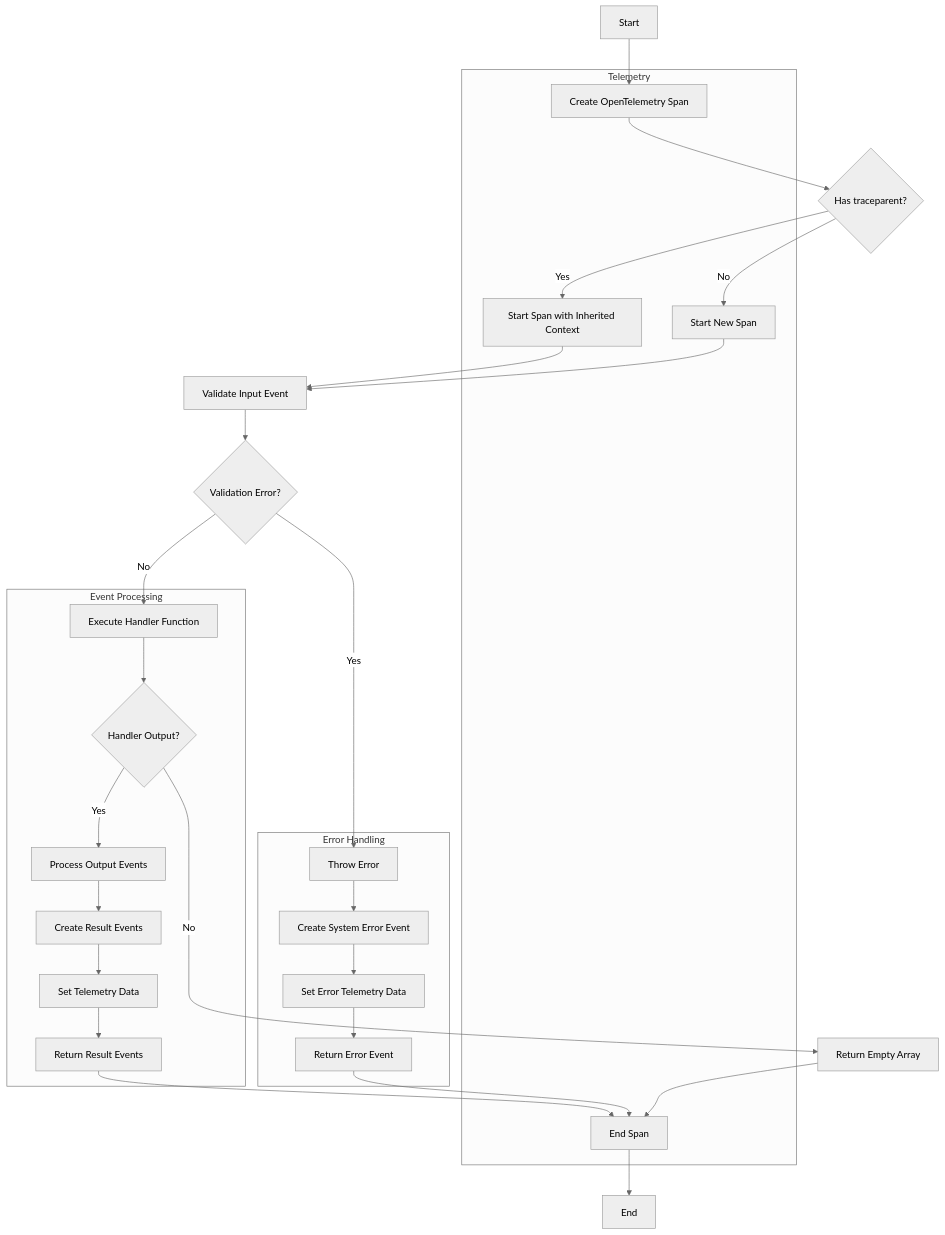
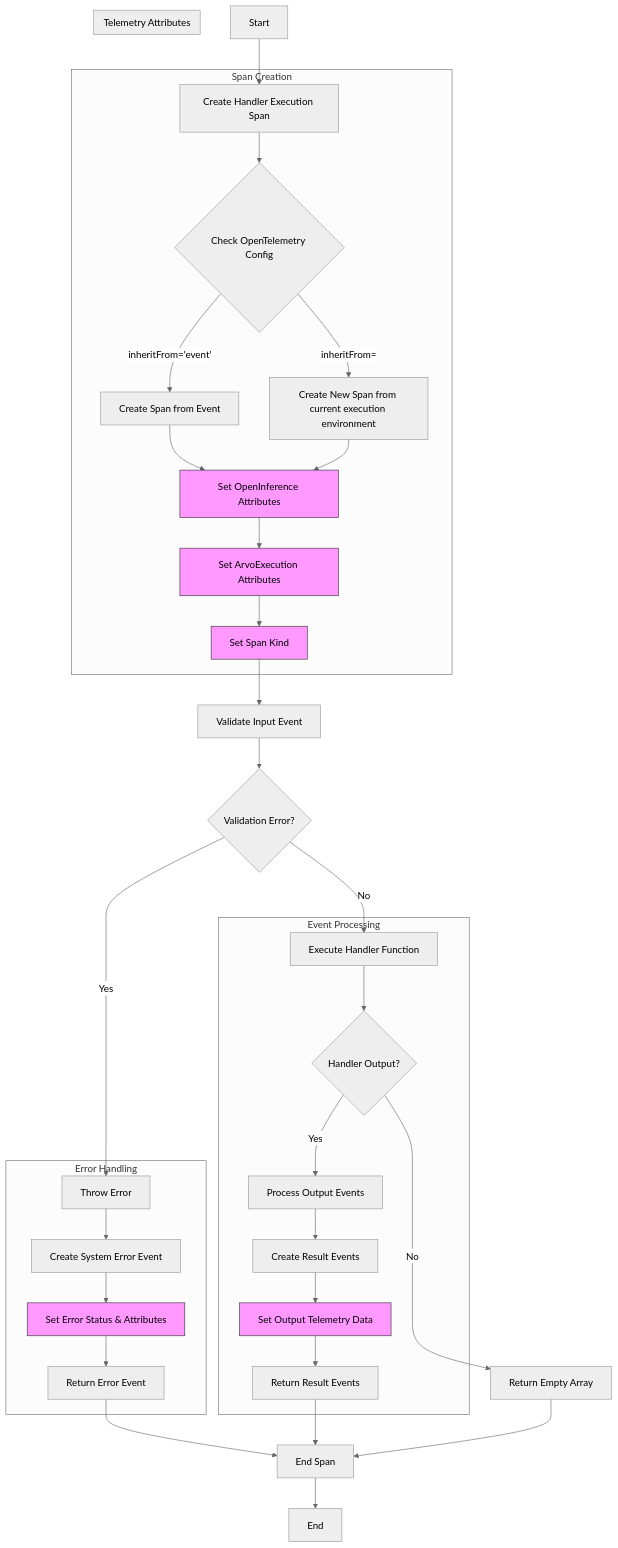
One commit to SaadAhmad123/arvo-event-handler changed the first of 2 diagrams in src/ArvoEventHandler/ExecutionDiagrams.md. Above: the diagram before and after it, drawn with Mermaid (neutral theme). The commit also changed other lines of this file and 8 other files, not shown here.

````diff
--- a/src/ArvoEventHandler/ExecutionDiagrams.md
+++ b/src/ArvoEventHandler/ExecutionDiagrams.md
@@ -7,52 +7,61 @@
 ```mermaid
 graph TD
-    A[Start] --> B[Create OpenTelemetry Span]
-    B --> C{Has traceparent?}
-    C -->|Yes| D[Start Span with Inherited Context]
-    C -->|No| E[Start New Span]
-    D --> F[Validate Input Event]
-    E --> F
-    F --> G{Validation Error?}
-    G -->|Yes| H[Throw Error]
-    G -->|No| I[Execute Handler Function]
-    I --> J{Handler Output?}
-    J -->|Yes| K[Process Output Events]
-    J -->|No| L[Return Empty Array]
-    K --> M[Create Result Events]
-    M --> N[Set Telemetry Data]
-    N --> O[Return Result Events]
+    A[Start] --> B[Create Handler Execution Span]
+    
+    subgraph Span Creation
+        B --> C{Check OpenTelemetry Config}
+        C -->|inheritFrom='event'| D[Create Span from Event]
+        C -->|inheritFrom=<else>| E[Create New Span from current execution environment]
+        
+        D --> F[Set OpenInference Attributes]
+        E --> F
+        F --> G[Set ArvoExecution Attributes]
+        G --> H[Set Span Kind]
+    end
 
-    H --> P[Create System Error Event]
-    P --> Q[Set Error Telemetry Data]
-    Q --> R[Return Error Event]
+    H --> I[Validate Input Event]
+    I --> J{Validation Error?}
+    J -->|Yes| K[Throw Error]
+    J -->|No| L[Execute Handler Function]
+    
+    L --> M{Handler Output?}
+    M -->|Yes| N[Process Output Events]
+    M -->|No| O[Return Empty Array]
+    
+    N --> P[Create Result Events]
+    P --> Q[Set Output Telemetry Data]
+    Q --> R[Return Result Events]
 
-    O --> S[End Span]
-    R --> S
-    L --> S
-    S --> T[End]
+    K --> S[Create System Error Event]
+    S --> T[Set Error Status & Attributes]
+    T --> U[Return Error Event]
+
+    R --> V[End Span]
+    U --> V
+    O --> V
+    V --> W[End]
 
     subgraph Error Handling
-    H
-    P
-    Q
-    R
+        K
+        S
+        T
+        U
     end
 
     subgraph Event Processing
-    I
-    J
-    K
-    M
-    N
-    O
+        L
+        M
+        N
+        P
+        Q
+        R
     end
 
-    subgraph Telemetry
-    B
-    D
-    E
-    N
-    Q
-    S
+    subgraph Telemetry Attributes
+        style F fill:#f9f,stroke:#333
+        style G fill:#f9f,stroke:#333
+        style H fill:#f9f,stroke:#333
+        style Q fill:#f9f,stroke:#333
+        style T fill:#f9f,stroke:#333
     end
 ```
````
